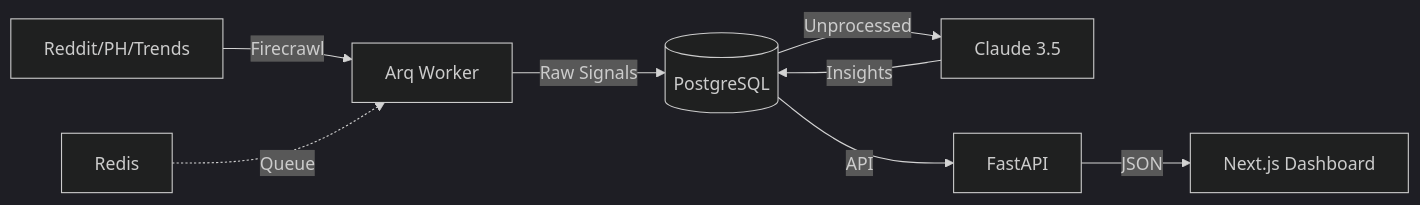
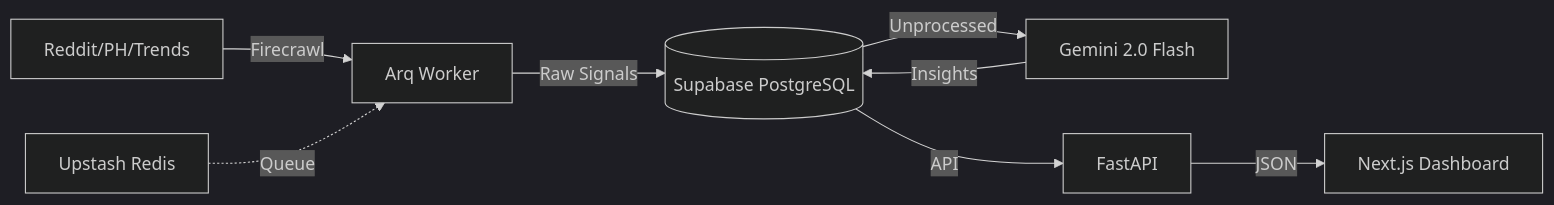
The diagram in README.md (Ascentia-Sandbox/StartInsight), drawn with Mermaid (dark theme) before and after one commit. The commit also changed other lines of this file and 6 other files, not shown here.

First line of the commit message:
feat: Migrate to cloud-first infrastructure (Supabase + Upstash)

````diff
--- a/README.md
+++ b/README.md
@@ -58,10 +58,10 @@
 ```mermaid
 graph LR
     A[Reddit/PH/Trends] -->|Firecrawl| B[Arq Worker]
-    B -->|Raw Signals| C[(PostgreSQL)]
-    C -->|Unprocessed| D[Claude 3.5]
+    B -->|Raw Signals| C[(Supabase PostgreSQL)]
+    C -->|Unprocessed| D[Gemini 2.0 Flash]
     D -->|Insights| C
     C -->|API| E[FastAPI]
     E -->|JSON| F[Next.js Dashboard]
-    G[Redis] -.->|Queue| B
+    G[Upstash Redis] -.->|Queue| B
 ```
````
